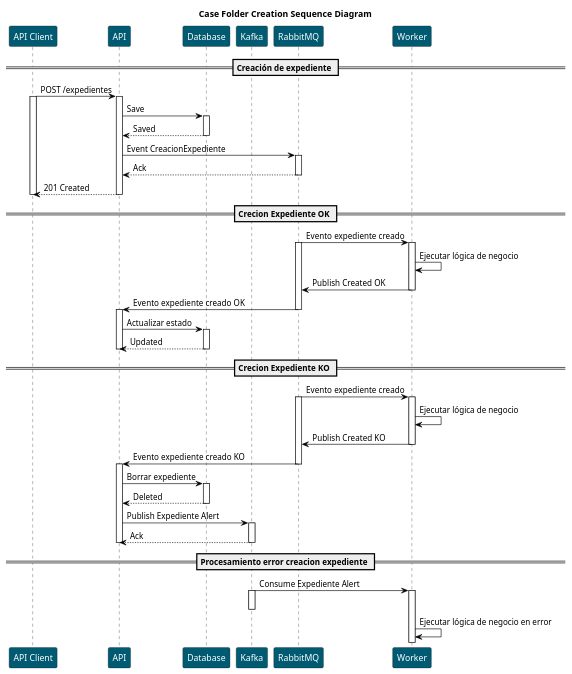
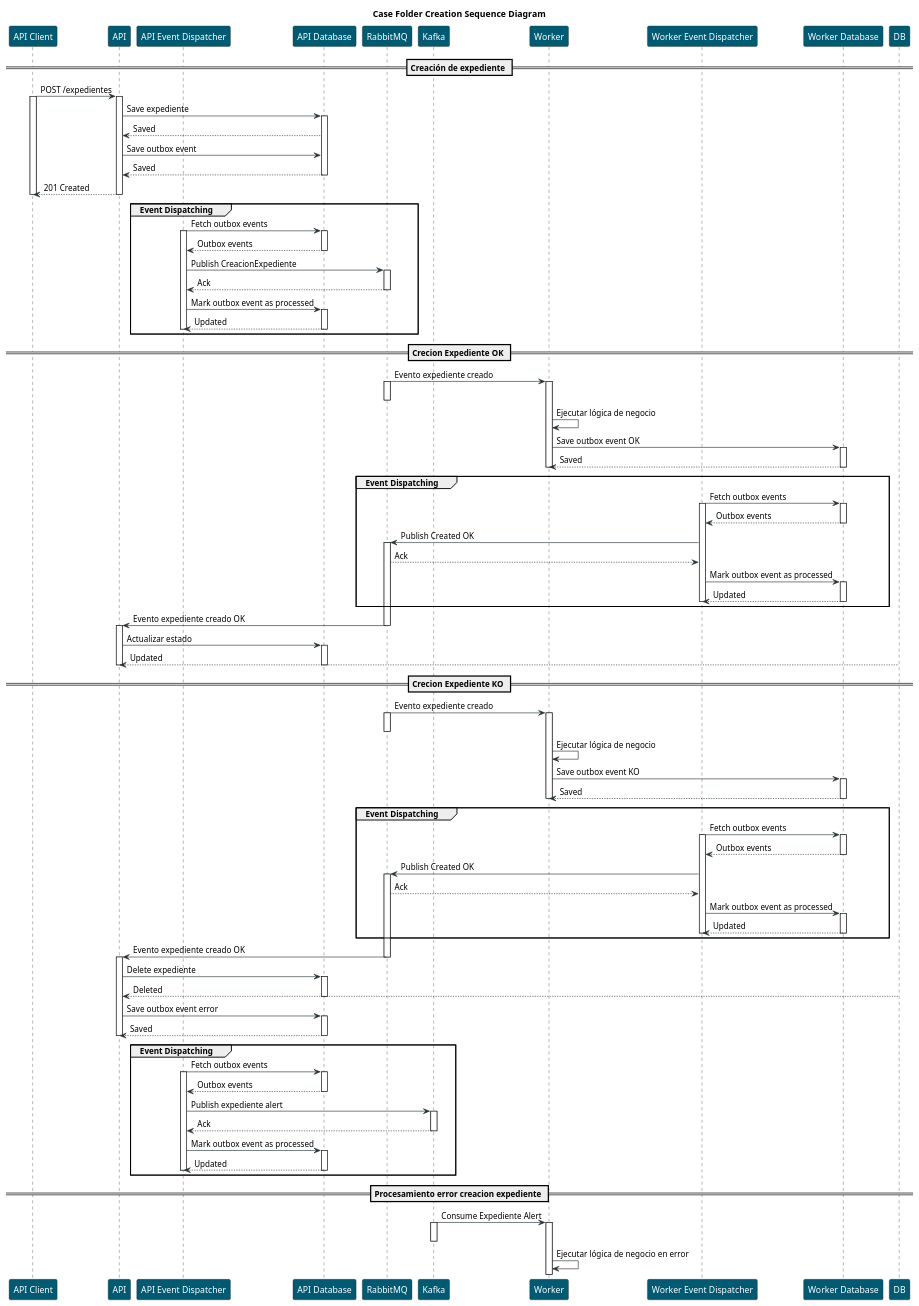
Before and after one commit to labcabrera/sample-jakarta-basic-saga: the diagram in diagrams/creacion-expediente-sequence.plantuml, drawn with PlantUML. The commit also changed 1 other file, not shown here.

```diff
--- a/diagrams/creacion-expediente-sequence.plantuml
+++ b/diagrams/creacion-expediente-sequence.plantuml
@@ -1,80 +1,156 @@
 @startuml Case Folder Creation Sequence Diagram
 title Case Folder Creation Sequence Diagram
 
 skinparam ParticipantBackgroundColor #005b72
 skinparam ParticipantFontColor #ffffff
-skinparam ArrowColor #000000
+skinparam ArrowColor #263236
 
 participant "API Client" as Client
 participant "API" as API
-participant "Database" as DB
+participant "API Event Dispatcher" as ApiEventDispatcher
+participant "API Database" as ApiDB
+participant "RabbitMQ" as Rabbit
 participant "Kafka" as Kafka
-participant "RabbitMQ" as Rabbit
 participant "Worker" as Worker
+participant "Worker Event Dispatcher" as WorkerEventDispatcher
+participant "Worker Database" as WorkerDB
 
 == Creación de expediente ==
 
 Client -> API: POST /expedientes
 activate Client
 activate API
-API -> DB: Save
-activate DB
-DB --> API: Saved
-deactivate DB
-API -> Rabbit: Event CreacionExpediente
-activate Rabbit
-Rabbit --> API: Ack
-deactivate Rabbit
+API -> ApiDB: Save expediente
+activate ApiDB
+ApiDB --> API: Saved
+API -> ApiDB: Save outbox event
+ApiDB --> API: Saved
+deactivate ApiDB
 API --> Client: 201 Created
 deactivate API
 deactivate Client
+
+group Event Dispatching
+    ApiEventDispatcher -> ApiDB: Fetch outbox events
+    activate ApiEventDispatcher
+    activate ApiDB
+    ApiDB --> ApiEventDispatcher: Outbox events
+    deactivate ApiDB
+    ApiEventDispatcher -> Rabbit: Publish CreacionExpediente
+    activate Rabbit
+    Rabbit --> ApiEventDispatcher: Ack
+    deactivate Rabbit
+    ApiEventDispatcher -> ApiDB: Mark outbox event as processed
+    activate ApiDB
+    ApiDB --> ApiEventDispatcher: Updated
+    deactivate ApiDB
+    deactivate ApiEventDispatcher
+end
 
 == Crecion Expediente OK ==
 
 Rabbit -> Worker: Evento expediente creado
 activate Rabbit
+deactivate Rabbit
 activate Worker
 Worker -> Worker: Ejecutar lógica de negocio
-Worker -> Rabbit: Publish Created OK
+Worker -> WorkerDB: Save outbox event OK
+activate WorkerDB
+WorkerDB --> Worker: Saved
+deactivate WorkerDB
 deactivate Worker
+
+group Event Dispatching
+    WorkerEventDispatcher -> WorkerDB: Fetch outbox events
+    activate WorkerEventDispatcher
+    activate WorkerDB
+    WorkerDB --> WorkerEventDispatcher: Outbox events
+    deactivate WorkerDB
+    WorkerEventDispatcher -> Rabbit: Publish Created OK
+    activate Rabbit
+    Rabbit --> WorkerEventDispatcher: Ack
+    WorkerEventDispatcher -> WorkerDB: Mark outbox event as processed
+    activate WorkerDB
+    WorkerDB --> WorkerEventDispatcher: Updated
+    deactivate WorkerEventDispatcher
+    deactivate WorkerDB
+end
 
 Rabbit -> API: Evento expediente creado OK
 deactivate Rabbit
 activate API
-API -> DB: Actualizar estado
-activate DB
+API -> ApiDB: Actualizar estado
+activate ApiDB
 DB --> API: Updated
-deactivate DB
+deactivate ApiDB
 deactivate API
 
 == Crecion Expediente KO ==
 
 Rabbit -> Worker: Evento expediente creado
 activate Rabbit
+deactivate Rabbit
 activate Worker
 Worker -> Worker: Ejecutar lógica de negocio
-Worker -> Rabbit: Publish Created KO
+Worker -> WorkerDB: Save outbox event KO
+activate WorkerDB
+WorkerDB --> Worker: Saved
+deactivate WorkerDB
 deactivate Worker
 
-Rabbit -> API: Evento expediente creado KO
+group Event Dispatching
+    WorkerEventDispatcher -> WorkerDB: Fetch outbox events
+    activate WorkerEventDispatcher
+    activate WorkerDB
+    WorkerDB --> WorkerEventDispatcher: Outbox events
+    deactivate WorkerDB
+    WorkerEventDispatcher -> Rabbit: Publish Created OK
+    activate Rabbit
+    Rabbit --> WorkerEventDispatcher: Ack
+    WorkerEventDispatcher -> WorkerDB: Mark outbox event as processed
+    activate WorkerDB
+    WorkerDB --> WorkerEventDispatcher: Updated
+    deactivate WorkerEventDispatcher
+    deactivate WorkerDB
+end
+
+Rabbit -> API: Evento expediente creado OK
 deactivate Rabbit
 activate API
-API -> DB: Borrar expediente
-activate DB
+API -> ApiDB: Delete expediente
+activate ApiDB
 DB --> API: Deleted
-deactivate DB
-API -> Kafka: Publish Expediente Alert
-activate Kafka
-Kafka --> API: Ack
-deactivate Kafka
+deactivate ApiDB
+
+API -> ApiDB: Save outbox event error
+activate ApiDB
+ApiDB --> API: Saved
+deactivate ApiDB
 deactivate API
+
+group Event Dispatching
+    ApiEventDispatcher -> ApiDB: Fetch outbox events
+    activate ApiEventDispatcher
+    activate ApiDB
+    ApiDB --> ApiEventDispatcher: Outbox events
+    deactivate ApiDB
+    ApiEventDispatcher -> Kafka: Publish expediente alert
+    activate Kafka
+    Kafka --> ApiEventDispatcher: Ack
+    deactivate Kafka
+    ApiEventDispatcher -> ApiDB: Mark outbox event as processed
+    activate ApiDB
+    ApiDB --> ApiEventDispatcher: Updated
+    deactivate ApiDB
+    deactivate ApiEventDispatcher
+end
 
 == Procesamiento error creacion expediente ==
 
 Kafka -> Worker: Consume Expediente Alert
 Activate Kafka
 deactivate Kafka
 activate Worker
 Worker -> Worker: Ejecutar lógica de negocio en error
 
 @enduml
```
